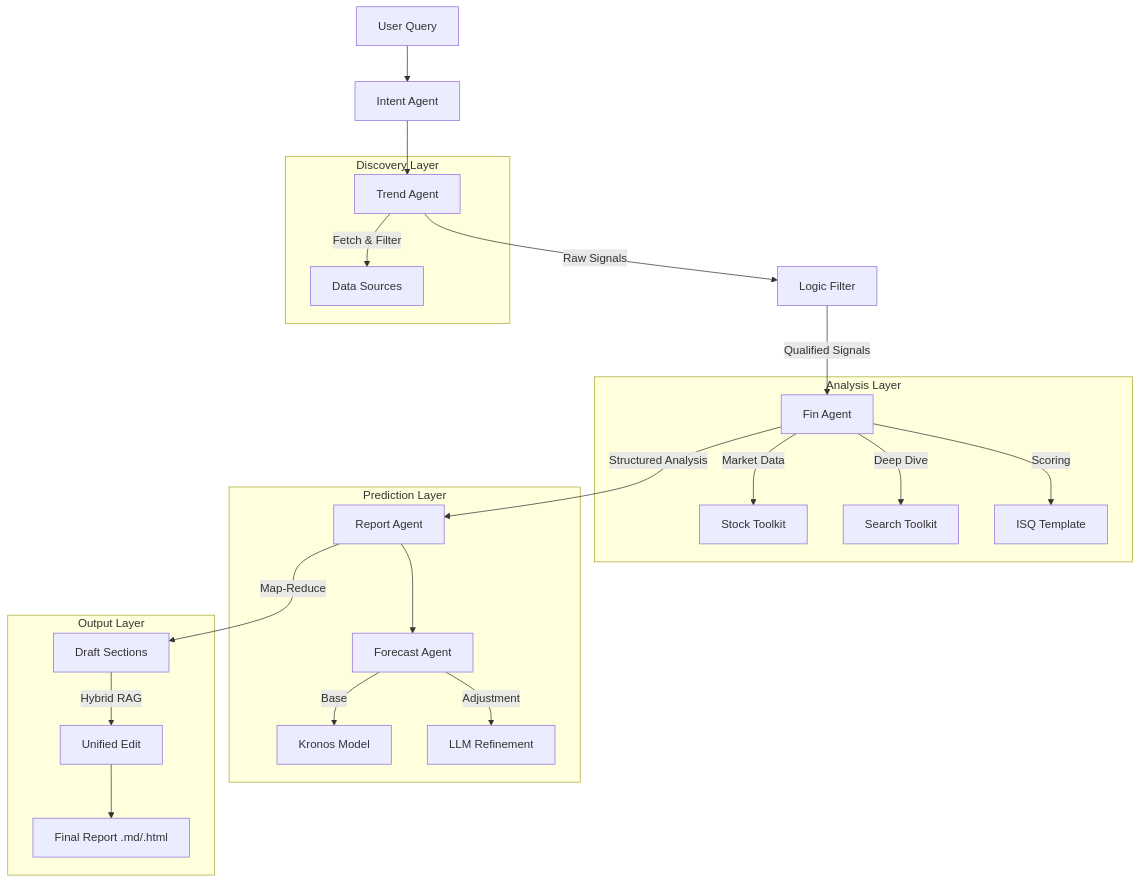
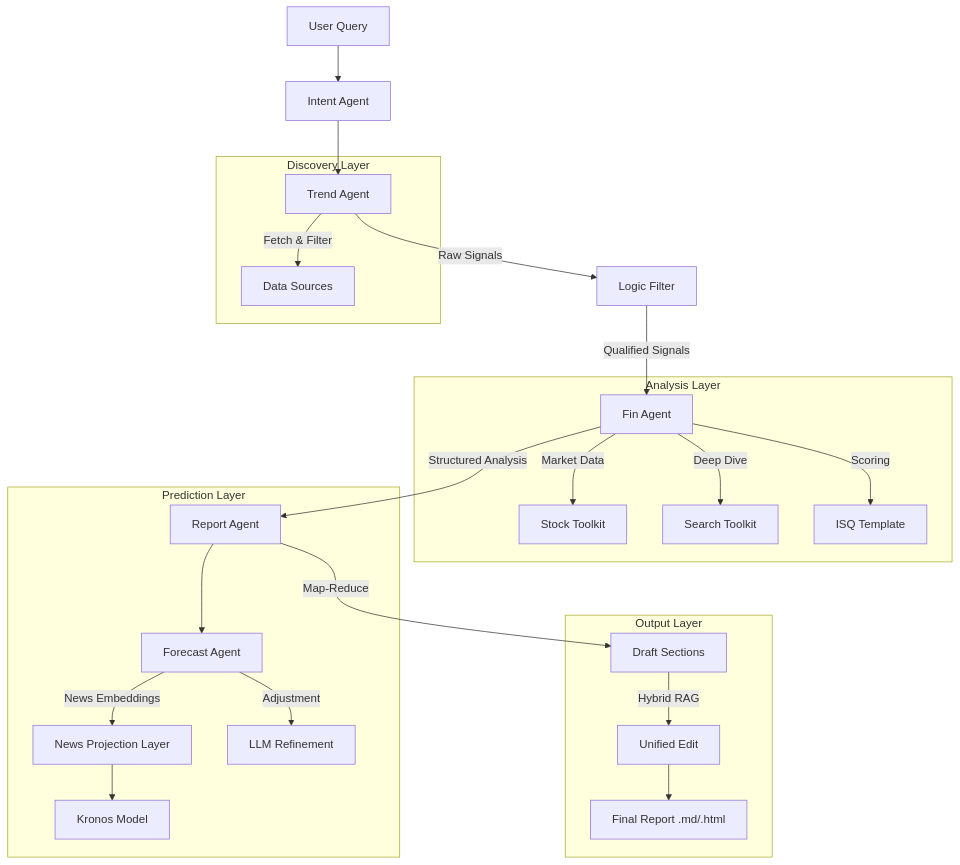
One commit to RKiding/SignalFlux changed the diagram in README.md. Above: the diagram before and after it, drawn with Mermaid. The commit also changed other lines of this file and 1 other file, not shown here.

````diff
--- a/README.md
+++ b/README.md
@@ -126,32 +127,33 @@
 ```mermaid
 graph TD
     User[User Query] --> Intent[Intent Agent]
     Intent --> Trend[Trend Agent]
     
     subgraph "Discovery Layer"
         Trend --> |Fetch & Filter| Source["Data Sources"]
     end
     
     Trend --> |Raw Signals| Logic[Logic Filter]
     Logic --> |Qualified Signals| Fin[Fin Agent]
     
     subgraph "Analysis Layer"
         Fin --> |Market Data| Stock[Stock Toolkit]
         Fin --> |Deep Dive| Search[Search Toolkit]
         Fin --> |Scoring| ISQ[ISQ Template]
     end
     
     Fin --> |Structured Analysis| Report[Report Agent]
     
     subgraph "Prediction Layer"
         Report --> Forecast[Forecast Agent]
-        Forecast --> |Base| Kronos[Kronos Model]
+        Forecast --> |News Embeddings| NewsProj[News Projection Layer]
+        NewsProj --> Kronos[Kronos Model]
         Forecast --> |Adjustment| LLM[LLM Refinement]
     end
     
     subgraph "Output Layer"
         Report --> |Map-Reduce| Draft[Draft Sections]
         Draft --> |Hybrid RAG| Edit[Unified Edit]
         Edit --> Final[Final Report .md/.html]
     end
 ```
````
